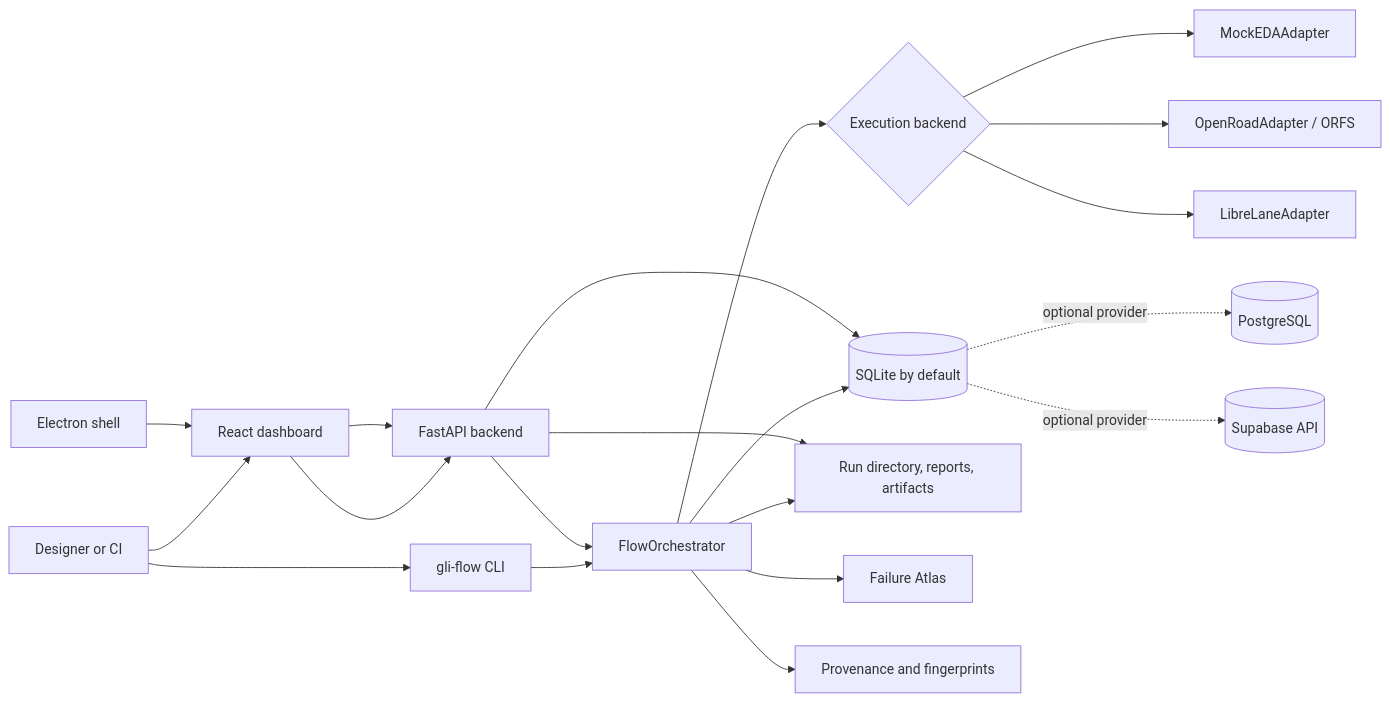
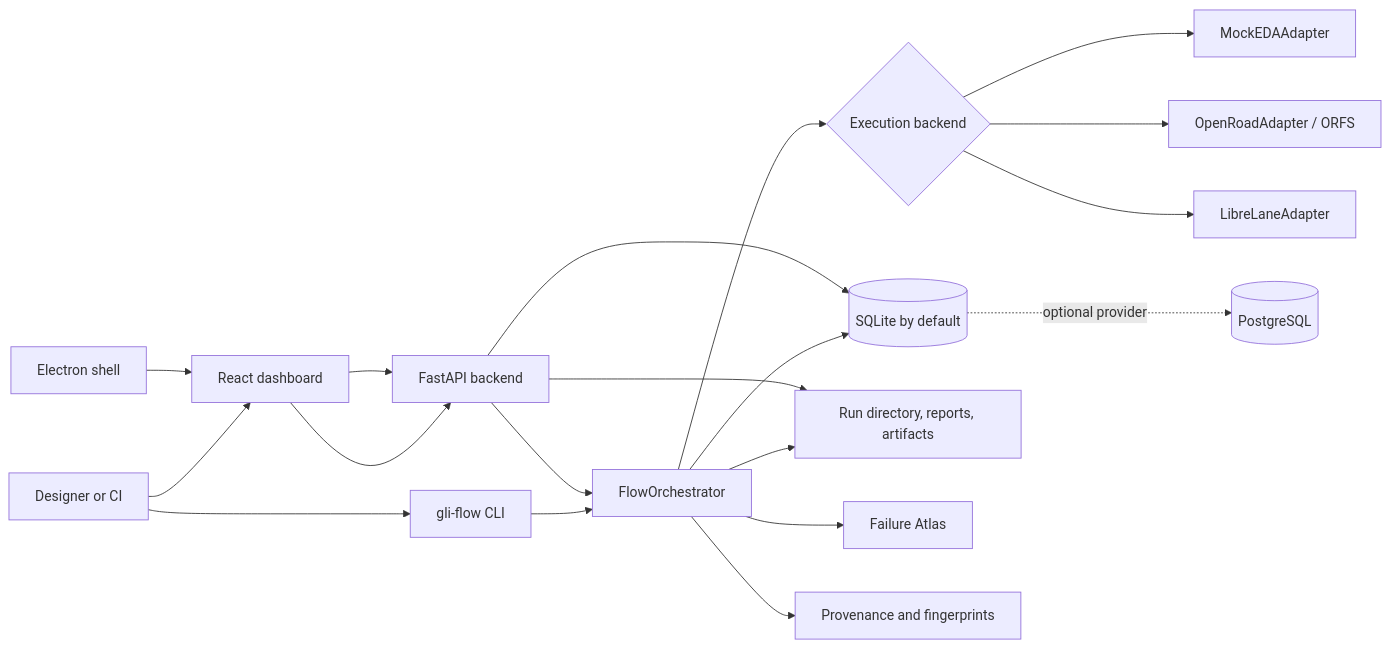
One commit to Jegadiswar-SM/gli-flow-1.0 changed the first of 2 diagrams in gli-flow-asic/README.md. Above: the diagram before and after it, drawn with Mermaid. The commit also changed other lines of this file and 27 other files, not shown here.

````diff
--- a/gli-flow-asic/README.md
+++ b/gli-flow-asic/README.md
@@ -41,22 +41,21 @@
 ```mermaid
 flowchart LR
     User[Designer or CI] --> CLI[gli-flow CLI]
     User --> UI[React dashboard]
     Desktop[Electron shell] --> UI
     UI --> API[FastAPI backend]
     CLI --> Orchestrator[FlowOrchestrator]
     API --> Orchestrator
     Orchestrator --> Adapter{Execution backend}
     Adapter --> Mock[MockEDAAdapter]
     Adapter --> ORFS[OpenRoadAdapter / ORFS]
     Adapter --> Libre[LibreLaneAdapter]
     Orchestrator --> DB[(SQLite by default)]
     DB -. optional provider .-> PG[(PostgreSQL)]
-    DB -. optional provider .-> Supabase[(Supabase API)]
     Orchestrator --> Files[Run directory, reports, artifacts]
     Orchestrator --> Atlas[Failure Atlas]
     Orchestrator --> Prov[Provenance and fingerprints]
     UI --> API
     API --> DB
     API --> Files
 ```
````
